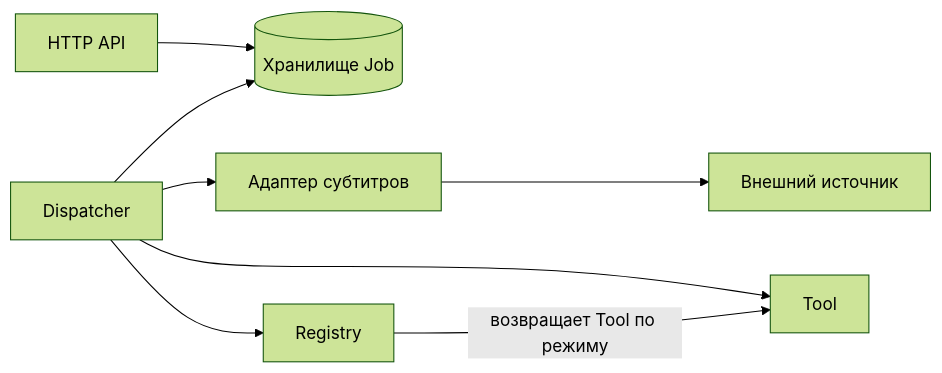
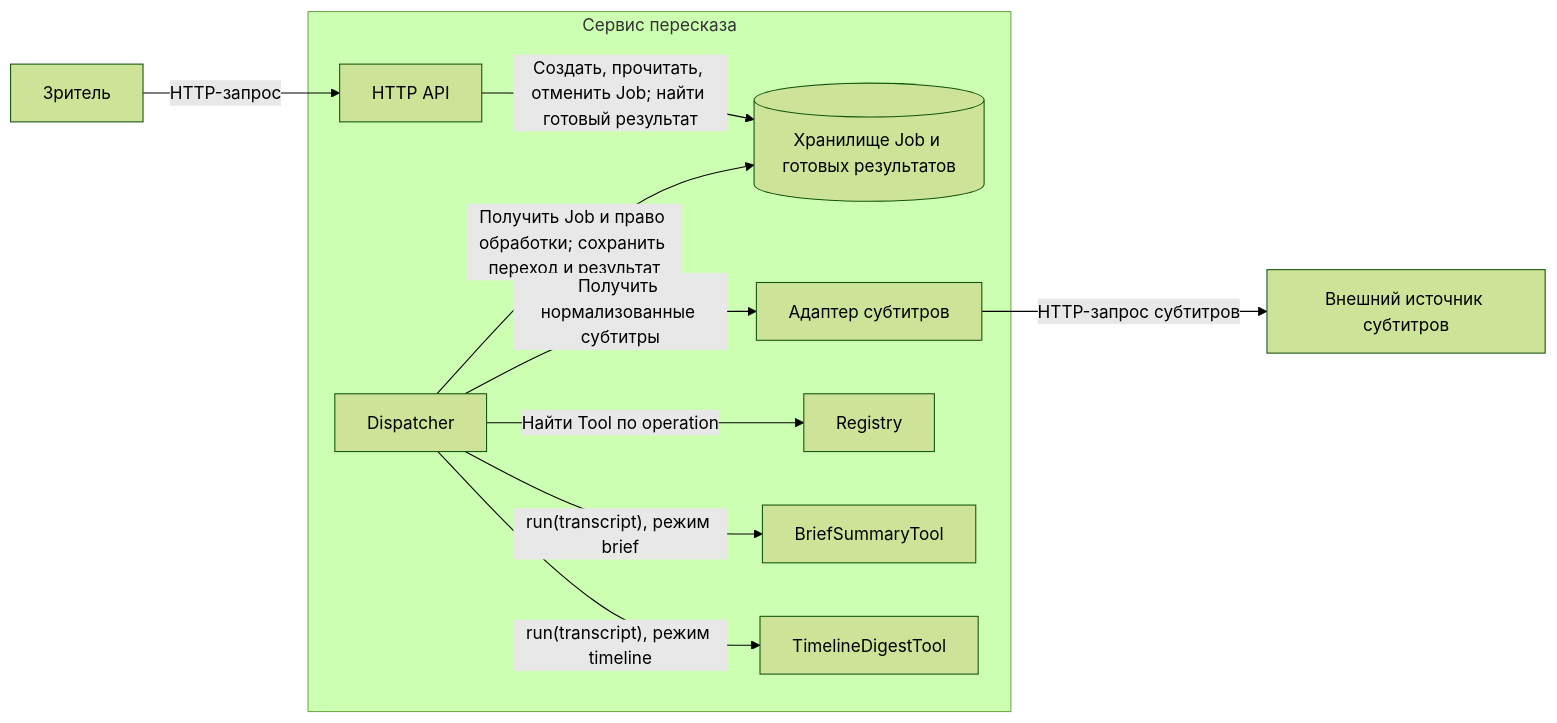
The second of 3 diagrams in docs/architecture.md (AIProgramIngeneering2026/team-mars), drawn with Mermaid (forest theme) before and after one commit. The commit also changed other lines of this file, not shown here.

Commit message:
docs: уточнить архитектуру и переходы Job для практики 2

````diff
--- a/docs/architecture.md
+++ b/docs/architecture.md
@@ -15,10 +17,22 @@
 ```mermaid
 flowchart LR
-  HTTP["HTTP API"] --> Store[("Хранилище Job")]
-  Dispatcher --> Store
-  Dispatcher --> Adapter["Адаптер субтитров"]
-  Adapter --> Source["Внешний источник"]
-  Dispatcher --> Registry
-  Dispatcher --> Tool["Tool"]
-  Registry -->|возвращает Tool по режиму| Tool
+    Viewer["Зритель"]
+    Source["Внешний источник субтитров"]
+    subgraph Service["Сервис пересказа"]
+        HTTP["HTTP API"]
+        Dispatcher["Dispatcher"]
+        Registry["Registry"]
+        Brief["BriefSummaryTool"]
+        Timeline["TimelineDigestTool"]
+        Adapter["Адаптер субтитров"]
+        Store[("Хранилище Job и готовых результатов")]
+        HTTP -->|"Создать, прочитать, отменить Job; найти готовый результат"| Store
+        Dispatcher -->|"Получить Job и право обработки; сохранить переход и результат"| Store
+        Dispatcher -->|"Получить нормализованные субтитры"| Adapter
+        Dispatcher -->|"Найти Tool по operation"| Registry
+        Dispatcher -->|"run(transcript), режим brief"| Brief
+        Dispatcher -->|"run(transcript), режим timeline"| Timeline
+    end
+    Viewer -->|"HTTP-запрос"| HTTP
+    Adapter -->|"HTTP-запрос субтитров"| Source
 ```
````
